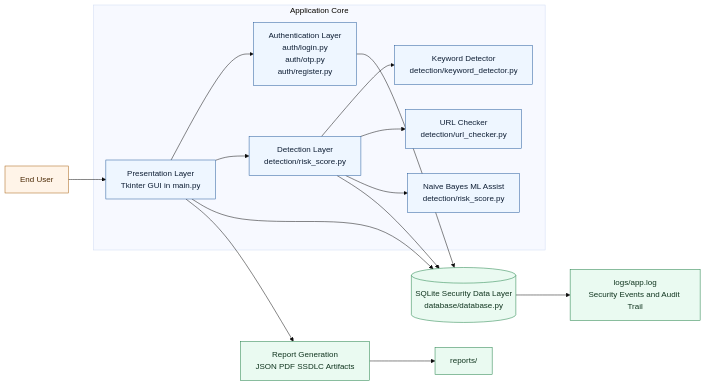
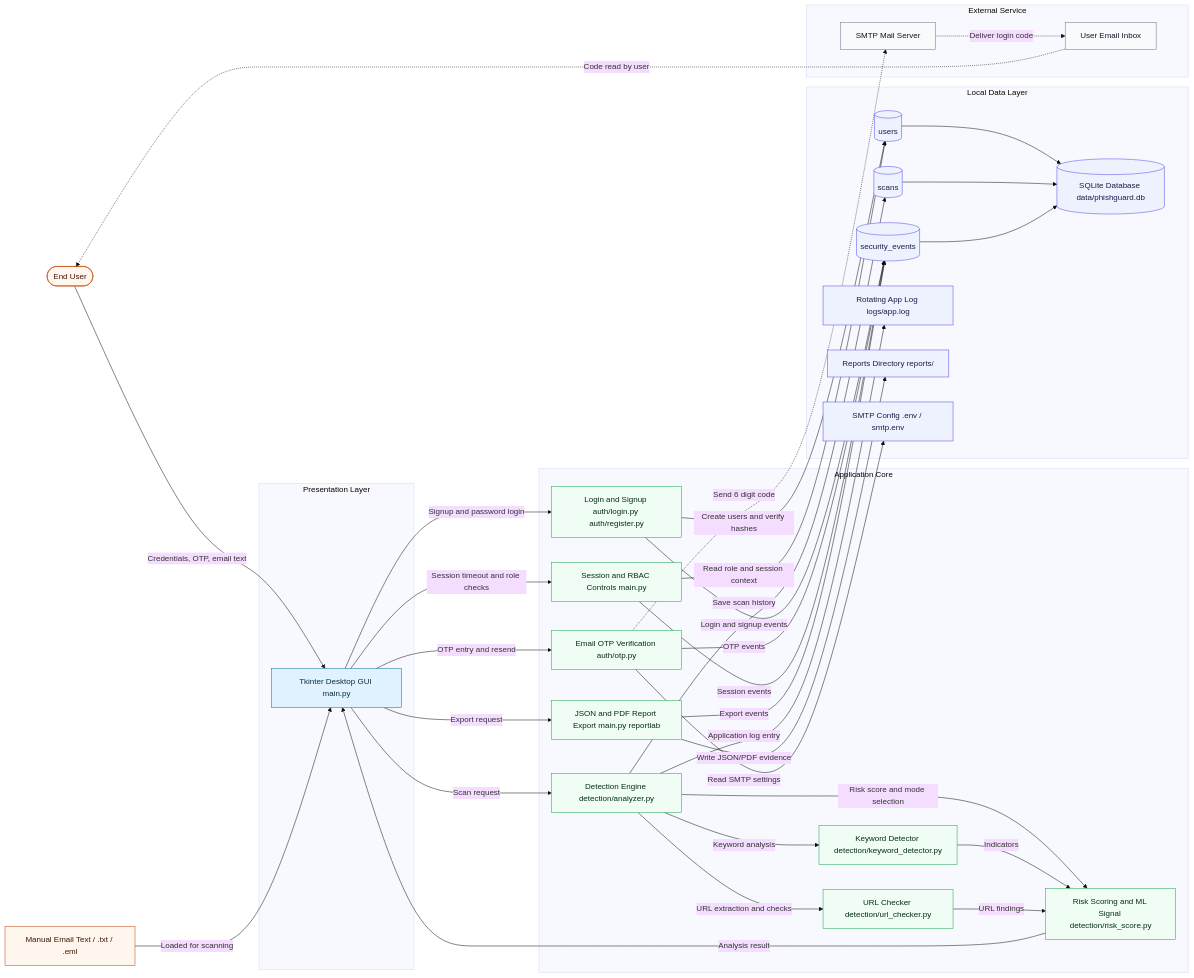
One commit to marmikkarki20-droid/Email-phishing-Detection-system changed the second of 6 diagrams in reports/Architecture_Diagram.md. Above: the diagram before and after it, drawn with Mermaid (base theme). The commit also changed other lines of this file and 16 other files, not shown here.

Commit message:
Clean up PhishGuard project artifacts

````diff
--- a/reports/Architecture_Diagram.md
+++ b/reports/Architecture_Diagram.md
@@ -46,28 +46,82 @@
 ```mermaid
 flowchart LR
-    U[End User] --> GUI[Presentation Layer\nTkinter GUI in main.py]
+    user([End User])
+    emailInput[Manual Email Text / .txt / .eml]
 
-    subgraph APP[Application Core]
-        GUI --> AUTH[Authentication Layer\nauth/login.py\nauth/otp.py\nauth/register.py]
-        GUI --> DET[Detection Layer\ndetection/risk_score.py]
-        DET --> KEY[Keyword Detector\ndetection/keyword_detector.py]
-        DET --> URL[URL Checker\ndetection/url_checker.py]
-        DET --> ML[Naive Bayes ML Assist\ndetection/risk_score.py]
+    subgraph presentation["Presentation Layer"]
+        gui[Tkinter Desktop GUI main.py]
     end
 
-    AUTH --> DB[(SQLite Security Data Layer\ndatabase/database.py)]
-    DET --> DB
-    GUI --> DB
+    subgraph application["Application Core"]
+        authFlow[Login and Signup auth/login.py auth/register.py]
+        otpFlow[Email OTP Verification auth/otp.py]
+        sessionGuard[Session and RBAC Controls main.py]
+        detectionEngine[Detection Engine detection/analyzer.py]
+        keywordDetector[Keyword Detector detection/keyword_detector.py]
+        urlChecker[URL Checker detection/url_checker.py]
+        riskScorer[Risk Scoring and ML Signal detection/risk_score.py]
+        reportExporter[JSON and PDF Report Export main.py reportlab]
+    end
 
-    DB --> LOGS[logs/app.log\nSecurity Events and Audit Trail]
-    GUI --> REPORT[Report Generation\nJSON PDF SSDLC Artifacts]
-    REPORT --> RPT[reports/]
+    subgraph dataLayer["Local Data Layer"]
+        sqliteDb[(SQLite Database data/phishguard.db)]
+        usersTable[(users)]
+        scansTable[(scans)]
+        eventsTable[(security_events)]
+        appLog[Rotating App Log logs/app.log]
+        reportsDir[Reports Directory reports/]
+        smtpEnv[SMTP Config .env / smtp.env]
+    end
 
-    classDef layer fill:#eef6ff,stroke:#245a9c,color:#0f1f35,stroke-width:1px;
-    classDef data fill:#eafaf1,stroke:#1e7f45,color:#10351f,stroke-width:1px;
-    classDef ext fill:#fff4e8,stroke:#a76011,color:#4d2b06,stroke-width:1px;
+    subgraph external["External Service"]
+        smtpServer[SMTP Mail Server]
+        userInbox[User Email Inbox]
+    end
 
-    class GUI,AUTH,DET,KEY,URL,ML layer;
-    class DB,LOGS,REPORT,RPT data;
-    class U ext;
+    user -->|Credentials, OTP, email text| gui
+    emailInput -->|Loaded for scanning| gui
+    gui -->|Signup and password login| authFlow
+    gui -->|OTP entry and resend| otpFlow
+    gui -->|Session timeout and role checks| sessionGuard
+    gui -->|Scan request| detectionEngine
+    gui -->|Export request| reportExporter
+
+    detectionEngine -->|Keyword analysis| keywordDetector
+    detectionEngine -->|URL extraction and checks| urlChecker
+    detectionEngine -->|Risk score and mode selection| riskScorer
+    keywordDetector -->|Indicators| riskScorer
+    urlChecker -->|URL findings| riskScorer
+    riskScorer -->|Analysis result| gui
+
+    authFlow -->|Create users and verify hashes| usersTable
+    sessionGuard -->|Read role and session context| usersTable
+    detectionEngine -->|Save scan history| scansTable
+    authFlow -->|Login and signup events| eventsTable
+    otpFlow -->|OTP events| eventsTable
+    sessionGuard -->|Session events| eventsTable
+    reportExporter -->|Export events| eventsTable
+
+    usersTable --> sqliteDb
+    scansTable --> sqliteDb
+    eventsTable --> sqliteDb
+
+    otpFlow -->|Read SMTP settings| smtpEnv
+    otpFlow -.->|Send 6 digit code| smtpServer
+    smtpServer -.->|Deliver login code| userInbox
+    userInbox -.->|Code read by user| user
+
+    detectionEngine -->|Application log entry| appLog
+    reportExporter -->|Write JSON/PDF evidence| reportsDir
+
+    classDef actor fill:#fff7ed,stroke:#c2410c,color:#431407,stroke-width:1px;
+    classDef presentation fill:#e0f2fe,stroke:#0369a1,color:#082f49,stroke-width:1px;
+    classDef service fill:#f0fdf4,stroke:#16a34a,color:#052e16,stroke-width:1px;
+    classDef data fill:#eef2ff,stroke:#4f46e5,color:#1e1b4b,stroke-width:1px;
+    classDef outside fill:#f8fafc,stroke:#64748b,color:#0f172a,stroke-width:1px;
+
+    class user,emailInput actor;
+    class gui presentation;
+    class authFlow,otpFlow,sessionGuard,detectionEngine,keywordDetector,urlChecker,riskScorer,reportExporter service;
+    class sqliteDb,usersTable,scansTable,eventsTable,appLog,reportsDir,smtpEnv data;
+    class smtpServer,userInbox outside;
 ```
````
